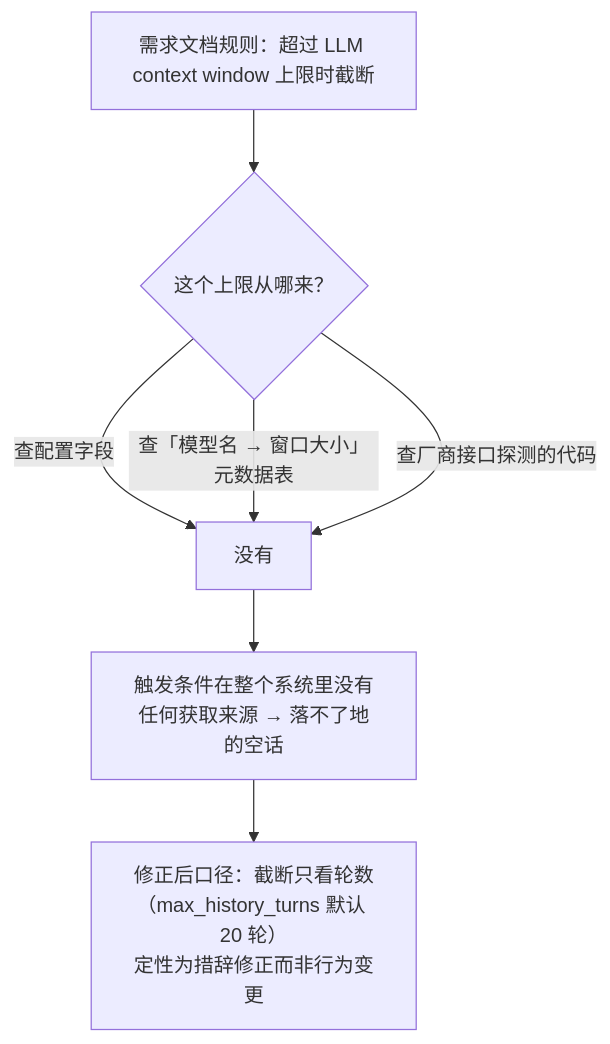
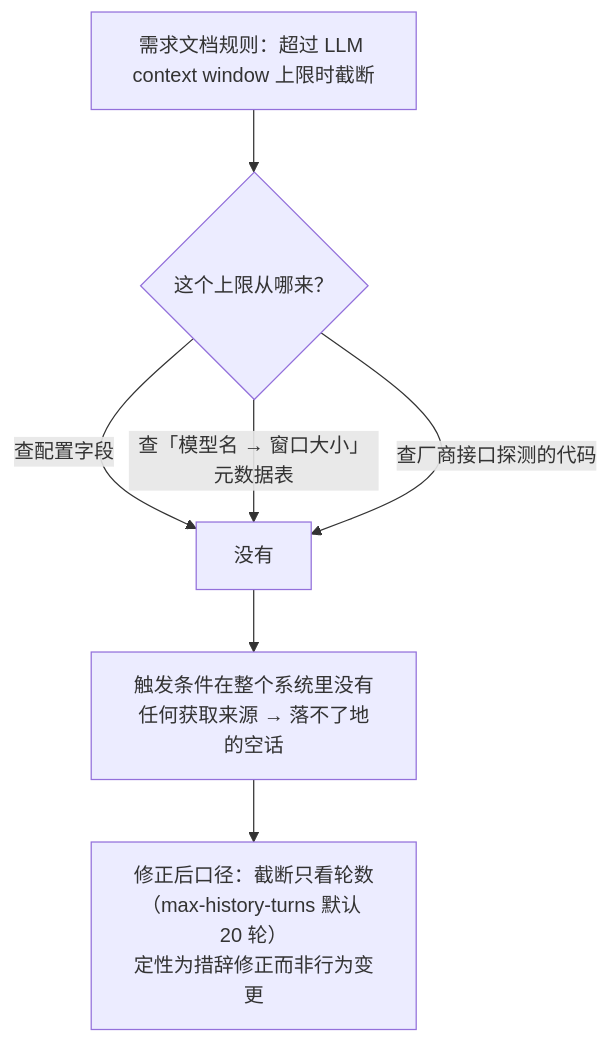
Before and after one commit to fangkun119/agent-os-poc: the second of 3 diagrams in docs/tutorial/006-requirements-tech-review-report.md, drawn with Mermaid. The commit also changed other lines of this file and 196 other files, not shown here.

````diff
--- a/docs/tutorial/006-requirements-tech-review-report.md
+++ b/docs/tutorial/006-requirements-tech-review-report.md
@@ -56,9 +56,9 @@
 ```mermaid
 flowchart TD
     A["需求文档规则：超过 LLM context window 上限时截断"] --> B{"这个上限从哪来？"}
     B -->|查配置字段| C["没有"]
     B -->|查「模型名 → 窗口大小」元数据表| C
     B -->|查厂商接口探测的代码| C
     C --> D["触发条件在整个系统里没有任何获取来源 → 落不了地的空话"]
-    D --> E["修正后口径：截断只看轮数（max_history_turns 默认 20 轮）<br>定性为措辞修正而非行为变更"]
+    D --> E["修正后口径：截断只看轮数（max-history-turns 默认 20 轮）<br>定性为措辞修正而非行为变更"]
 ```
````
